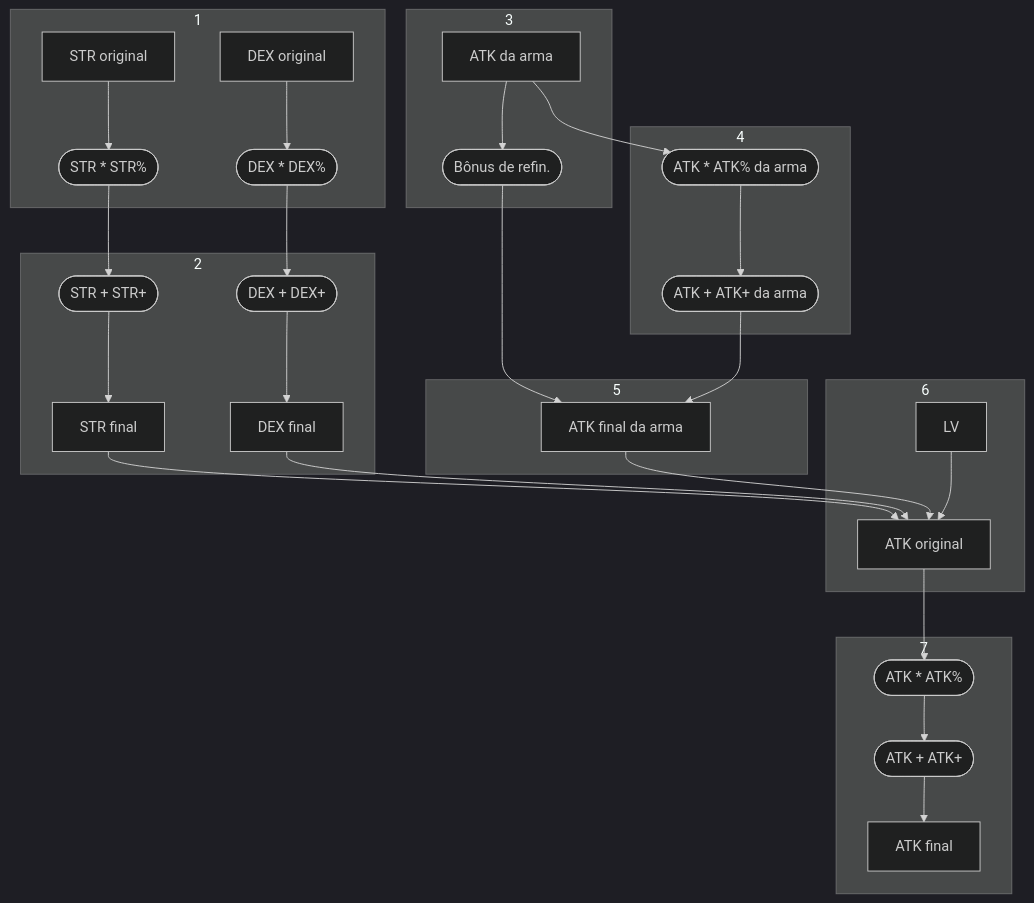
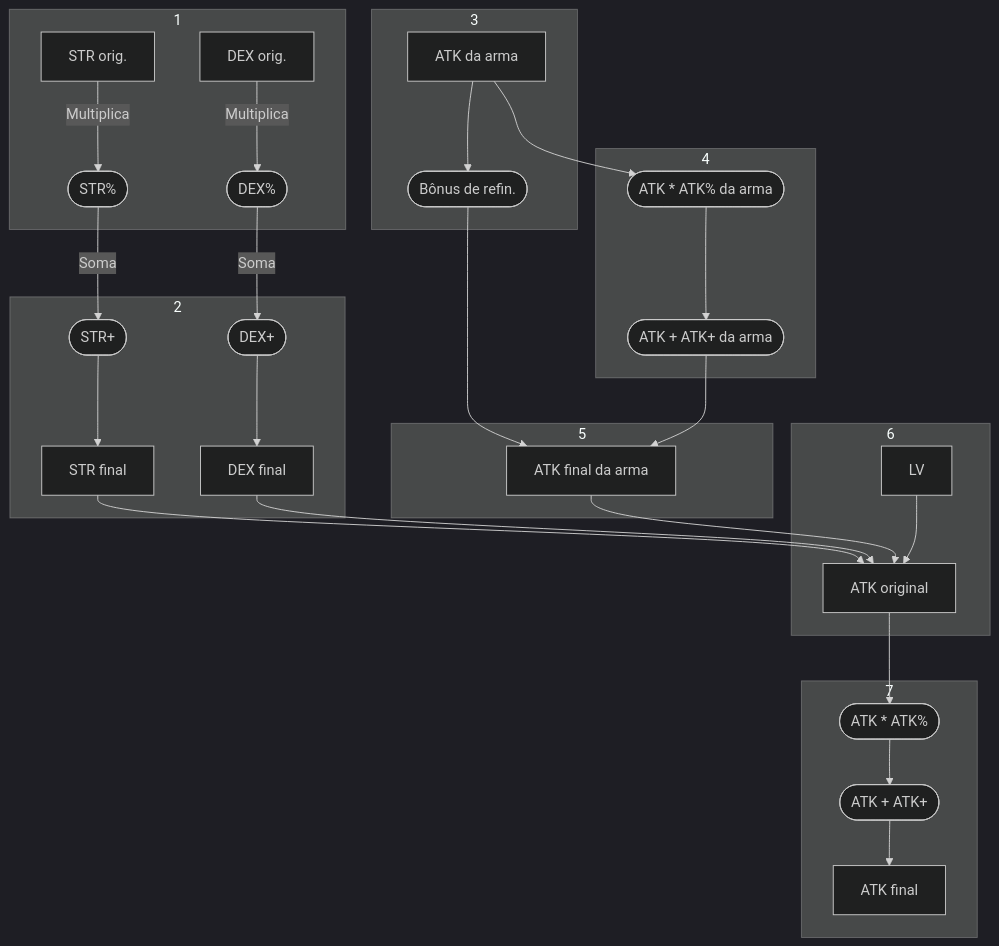
One commit to MateusRyu/Shikigami changed the diagram in 2024-07-09-Toram_Status.md. Above: the diagram before and after it, drawn with Mermaid (dark theme).

Commit message:
vault backup: 2024-07-09 02:17:39
Affected files:
2024-07-09-Toram_Status.md

````diff
--- a/2024-07-09-Toram_Status.md
+++ b/2024-07-09-Toram_Status.md
@@ -66,32 +66,32 @@
 ```mermaid
 flowchart TD
 subgraph 1
-a[STR original] --> a1([STR * STR%]) 
-b[DEX original] --> b1([DEX * DEX%])
+a[STR orig.] --> |Multiplica|a1([STR%]) 
+b[DEX orig.] --> |Multiplica|b1([DEX%])
 end
 
 subgraph 2
-a1 --> a2([STR + STR+]) --> a3[STR final]
-b1 --> b2([DEX + DEX+]) --> b3[DEX final]
+a1 --> |Soma|a2([STR+]) --> a3[STR final]
+b1 --> |Soma|b2([DEX+]) --> b3[DEX final]
 end
 
 subgraph 3
 c[ATK da arma] --> c0([Bônus de refin.]) 
 end
 
 subgraph 4
 c --> c1([ATK * ATK% da arma]) --> c2([ATK + ATK+ da arma])
 end
 
 subgraph 5
 c0 & c2 --> c3[ATK final da arma]
 end
 
 subgraph 6
 a3 & b3 & c3 & d[LV]  --> e[ATK original]
 end
 
 subgraph 7
 e --> e1([ATK * ATK%]) --> e2([ATK + ATK+]) --> e3[ATK final]
 end
 ```
````
